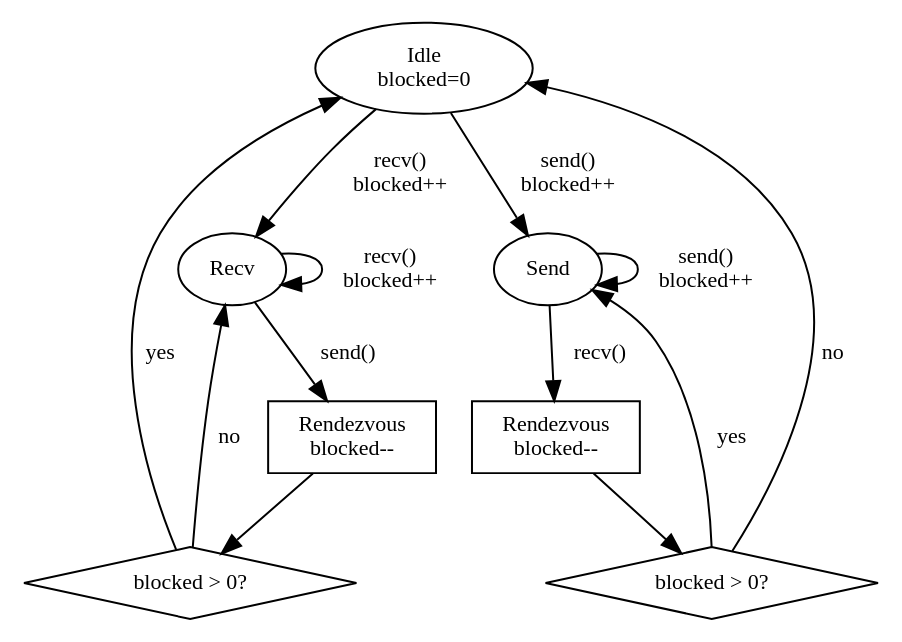
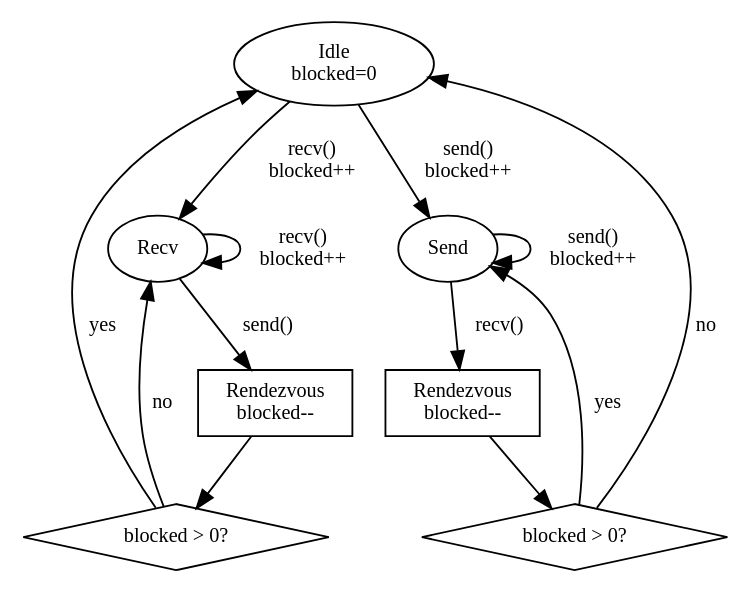
One commit to pingerino/phd changed the diagram in imgs/endpoint.gv. Above: the diagram before and after it, drawn with Graphviz. The commit also changed 4 other files, not shown here.

```diff
--- a/imgs/endpoint.gv
+++ b/imgs/endpoint.gv
@@ -1,29 +1,30 @@
 digraph {
+    size = "5!"
     ratio = "compress"
     node [fontsize=11,style=solid,fontname="inconsolata"]
     edge [fontsize=11,fontname="inconsolata"]
     //actual nodes
     Idle [shape=ellipse,label="Idle\nblocked=0"]
     Recv [shape=ellipse,label="Recv"]
     Send [shape=ellipse,label="Send"]
     IPC1 [shape=box label="Rendezvous\nblocked--"]
     IPC2 [shape=box label="Rendezvous\nblocked--"]
 
     TCB1 [shape=diamond label="blocked > 0?"]
     TCB2 [shape=diamond label="blocked > 0?"]
     
     Idle -> Recv[label=" recv()\n blocked++"]
     Idle -> Send[label=" send()\n blocked++"]
 
     Recv -> Recv[label=" recv()\n blocked++"]
     Recv -> IPC1[label=" send()"]
     IPC1 -> TCB1
     TCB1 -> Recv[label=" no"]
     TCB1 -> Idle[label=" yes"]
 
     Send -> Send[label=" send()\n blocked++"]
     Send -> IPC2[label=" recv()"]
     IPC2 -> TCB2
     TCB2 -> Send[label=" yes"]
     TCB2 -> Idle[label=" no"]
 }
```
